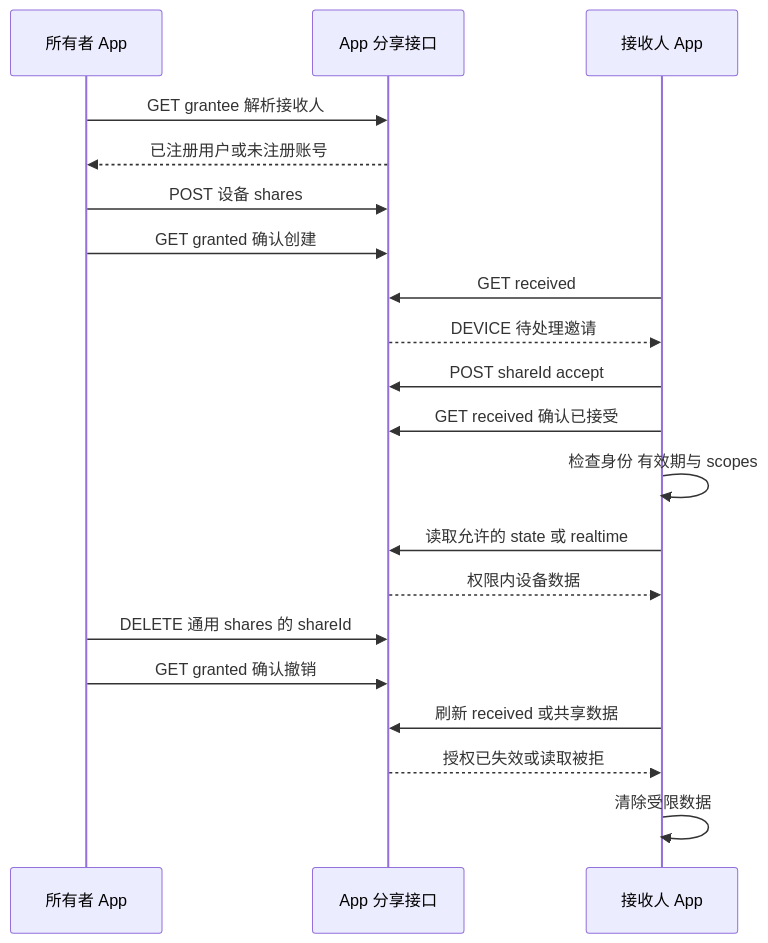
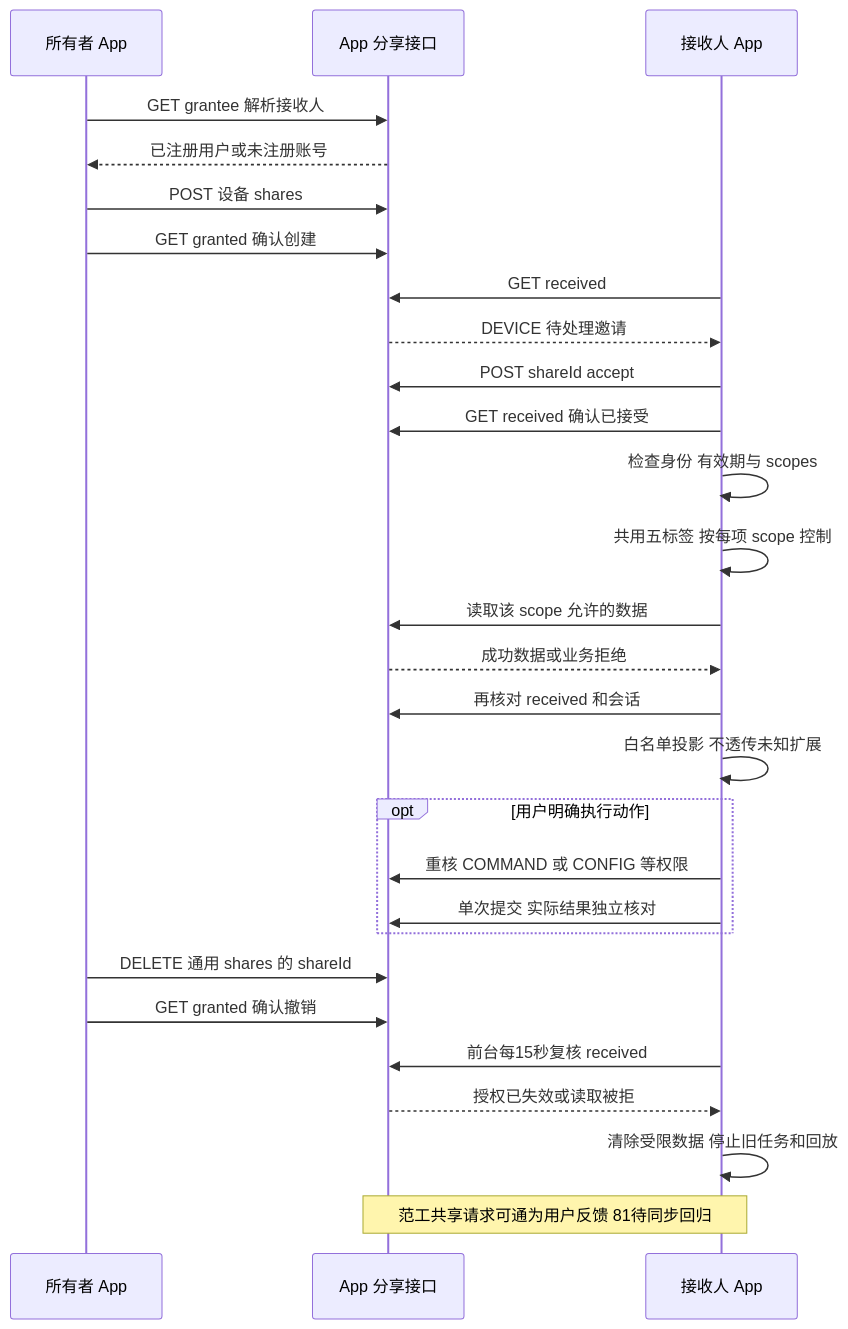
Before and after one commit to jarLiao/eview-connect-c-app-prototype: the diagram in guides/sharing-sequence.mmd, drawn with Mermaid. The commit also changed 29 other files, not shown here.

```diff
--- a/guides/sharing-sequence.mmd
+++ b/guides/sharing-sequence.mmd
@@ -1,20 +1,28 @@
 sequenceDiagram
     participant A as 所有者 App
     participant API as App 分享接口
     participant B as 接收人 App
     A->>API: GET grantee 解析接收人
     API-->>A: 已注册用户或未注册账号
     A->>API: POST 设备 shares
     A->>API: GET granted 确认创建
     B->>API: GET received
     API-->>B: DEVICE 待处理邀请
     B->>API: POST shareId accept
     B->>API: GET received 确认已接受
     B->>B: 检查身份 有效期与 scopes
-    B->>API: 读取允许的 state 或 realtime
-    API-->>B: 权限内设备数据
+    B->>B: 共用五标签 按每项 scope 控制
+    B->>API: 读取该 scope 允许的数据
+    API-->>B: 成功数据或业务拒绝
+    B->>API: 再核对 received 和会话
+    B->>B: 白名单投影 不透传未知扩展
+    opt 用户明确执行动作
+        B->>API: 重核 COMMAND 或 CONFIG 等权限
+        B->>API: 单次提交 实际结果独立核对
+    end
     A->>API: DELETE 通用 shares 的 shareId
     A->>API: GET granted 确认撤销
-    B->>API: 刷新 received 或共享数据
+    B->>API: 前台每15秒复核 received
     API-->>B: 授权已失效或读取被拒
-    B->>B: 清除受限数据
+    B->>B: 清除受限数据 停止旧任务和回放
+    Note over API,B: 范工共享请求可通为用户反馈 81待同步回归
```
